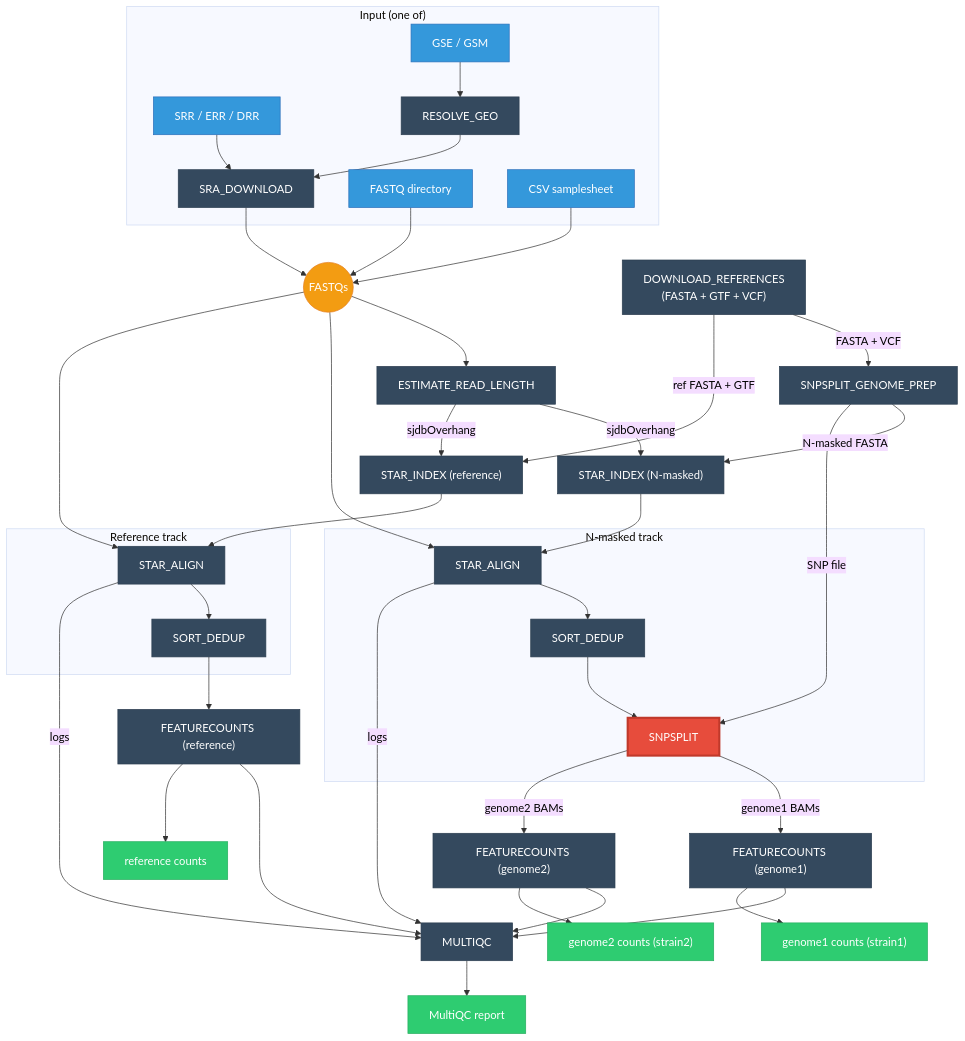
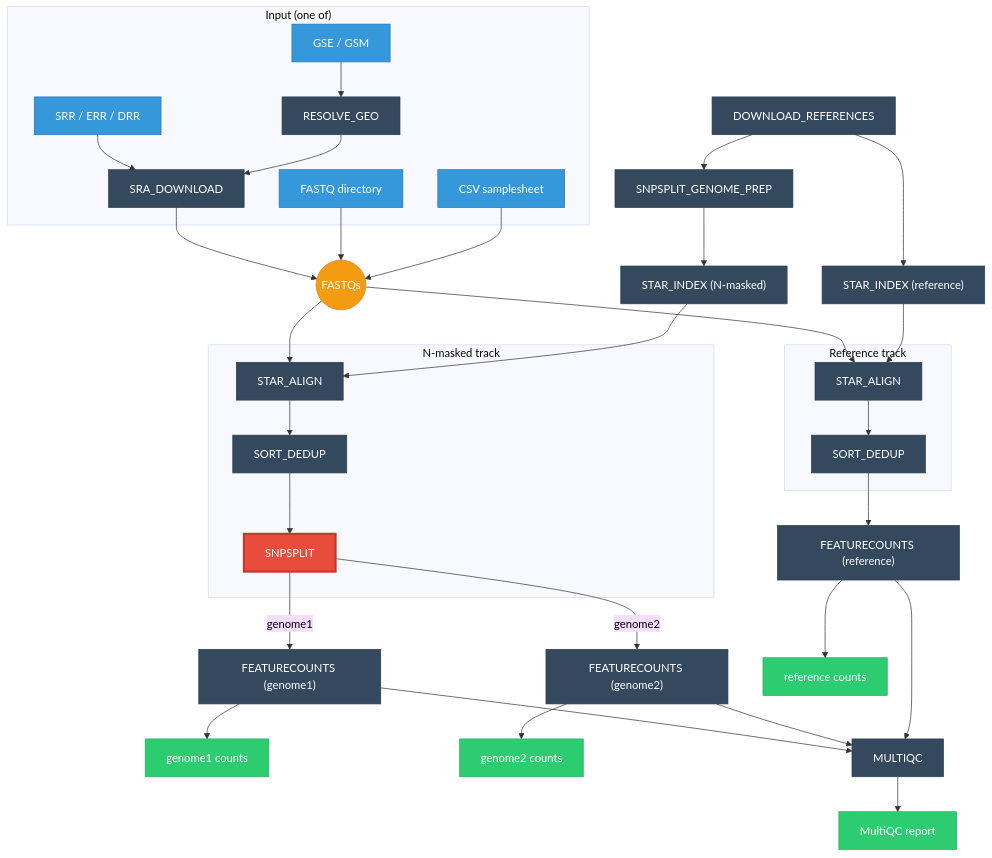
The diagram in README.md (IPNP-BIPN/SPLIT), drawn with Mermaid before and after one commit.

Commit message:
fig: minimal crossing diagram — remove secondary links

````diff
--- a/README.md
+++ b/README.md
@@ -15,64 +15,53 @@
 ```mermaid
 %%{init: {'theme': 'base', 'themeVariables': {'background': '#ffffff', 'primaryTextColor': '#000000', 'lineColor': '#333333', 'textColor': '#000000', 'mainBkg': '#ffffff'}}}%%
 flowchart TD
     subgraph INPUT ["Input (one of)"]
         SRA["SRR / ERR / DRR"] --> SRA_DL["SRA_DOWNLOAD"]
         GEO["GSE / GSM"] --> RESOLVE["RESOLVE_GEO"] --> SRA_DL
         FQ_DIR["FASTQ directory"]
         CSV["CSV samplesheet"]
     end
 
     SRA_DL --> FASTQS(("FASTQs"))
     FQ_DIR --> FASTQS
     CSV --> FASTQS
 
-    DOWNLOAD["DOWNLOAD_REFERENCES\n(FASTA + GTF + VCF)"] -->|"FASTA + VCF"| GPREP["SNPSPLIT_GENOME_PREP"]
+    DOWNLOAD["DOWNLOAD_REFERENCES"] --> GPREP["SNPSPLIT_GENOME_PREP"]
 
-    FASTQS --> READLEN["ESTIMATE_READ_LENGTH"]
-
-    GPREP -->|"N-masked FASTA"| IDX1["STAR_INDEX (N-masked)"]
-    DOWNLOAD -->|"ref FASTA + GTF"| IDX2["STAR_INDEX (reference)"]
-    READLEN -->|"sjdbOverhang"| IDX1
-    READLEN -->|"sjdbOverhang"| IDX2
-
-    FASTQS --> A1 & A2
+    GPREP --> IDX1["STAR_INDEX (N-masked)"]
+    DOWNLOAD --> IDX2["STAR_INDEX (reference)"]
 
     subgraph TRACK1 ["N-masked track"]
         A1["STAR_ALIGN"] --> S1["SORT_DEDUP"] --> SNP["SNPSPLIT"]
     end
 
     subgraph TRACK2 ["Reference track"]
         A2["STAR_ALIGN"] --> S2["SORT_DEDUP"]
     end
 
+    FASTQS --> A1
+    FASTQS --> A2
     IDX1 --> A1
     IDX2 --> A2
-    GPREP -->|"SNP file"| SNP
 
-    SNP -->|"genome1 BAMs"| FC1["FEATURECOUNTS (genome1)"]
-    SNP -->|"genome2 BAMs"| FC2["FEATURECOUNTS (genome2)"]
+    SNP -->|"genome1"| FC1["FEATURECOUNTS (genome1)"]
+    SNP -->|"genome2"| FC2["FEATURECOUNTS (genome2)"]
     S2 --> FC3["FEATURECOUNTS (reference)"]
 
-    FC1 --> MQC["MULTIQC"]
-    FC2 --> MQC
-    FC3 --> MQC
-    A1 -->|"logs"| MQC
-    A2 -->|"logs"| MQC
-
-    FC1 --> O1["genome1 counts (strain1)"]
-    FC2 --> O2["genome2 counts (strain2)"]
+    FC1 --> O1["genome1 counts"]
+    FC2 --> O2["genome2 counts"]
     FC3 --> O3["reference counts"]
-    MQC --> O4["MultiQC report"]
+    FC1 & FC2 & FC3 --> MQC["MULTIQC"] --> O4["MultiQC report"]
 
     classDef input fill:#3498db,stroke:#2c6fbb,color:#fff
     classDef process fill:#34495e,stroke:#2c3e50,color:#fff
     classDef key fill:#e74c3c,stroke:#c0392b,color:#fff,stroke-width:3px
     classDef output fill:#2ecc71,stroke:#27ae60,color:#fff
     classDef data fill:#f39c12,stroke:#e67e22,color:#fff
 
     class SRA,GEO,FQ_DIR,CSV input
-    class SRA_DL,RESOLVE,DOWNLOAD,GPREP,IDX1,IDX2,READLEN,A1,S1,A2,S2,FC1,FC2,FC3,MQC process
+    class SRA_DL,RESOLVE,DOWNLOAD,GPREP,IDX1,IDX2,A1,S1,A2,S2,FC1,FC2,FC3,MQC process
     class SNP key
     class O1,O2,O3,O4 output
     class FASTQS data
 ```
````
